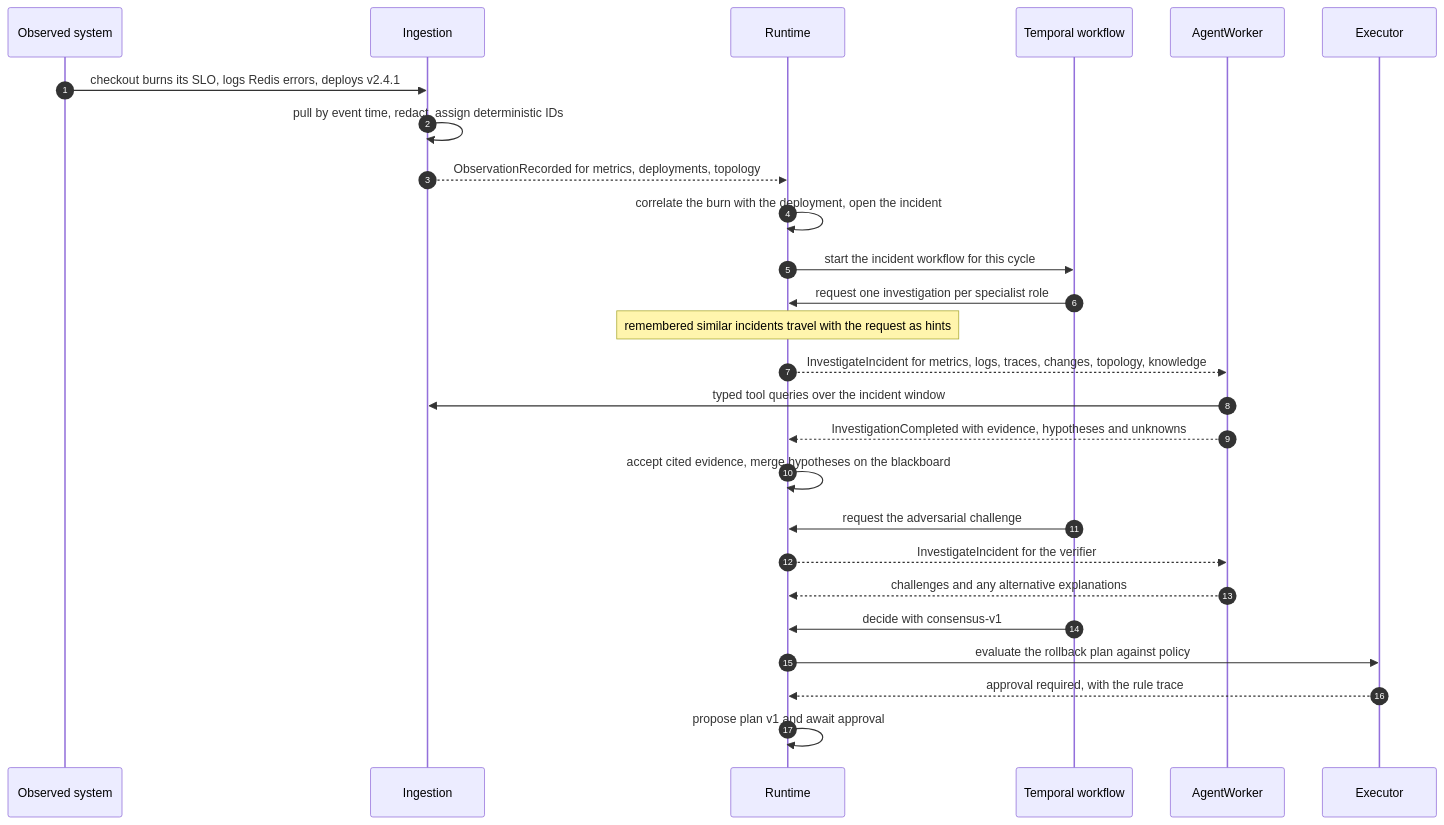
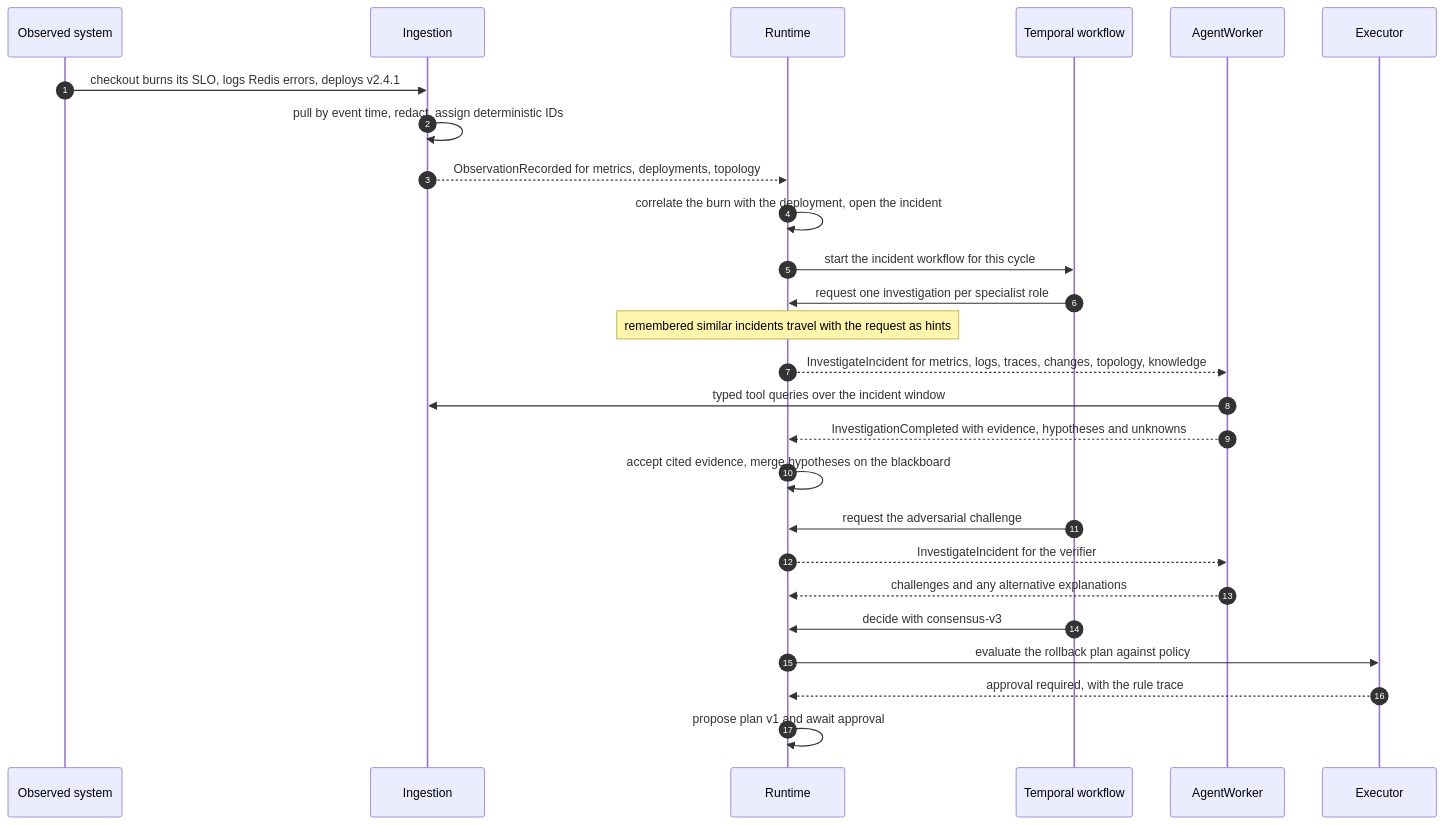
The fourth of 9 diagrams in README.md (Psingle20/Sentinel), drawn with Mermaid before and after one commit. The commit also changed other lines of this file and 4 other files, not shown here.

````diff
--- a/README.md
+++ b/README.md
@@ -198,29 +198,29 @@
 ```mermaid
 sequenceDiagram
     autonumber
     participant Sys as Observed system
     participant Ing as Ingestion
     participant Rt as Runtime
     participant Wf as Temporal workflow
     participant Aw as AgentWorker
     participant Ex as Executor
 
     Sys->>Ing: checkout burns its SLO, logs Redis errors, deploys v2.4.1
     Ing->>Ing: pull by event time, redact, assign deterministic IDs
     Ing-->>Rt: ObservationRecorded for metrics, deployments, topology
     Rt->>Rt: correlate the burn with the deployment, open the incident
     Rt->>Wf: start the incident workflow for this cycle
     Wf->>Rt: request one investigation per specialist role
     Note over Rt: remembered similar incidents travel with the request as hints
     Rt-->>Aw: InvestigateIncident for metrics, logs, traces, changes, topology, knowledge
     Aw->>Ing: typed tool queries over the incident window
     Aw-->>Rt: InvestigationCompleted with evidence, hypotheses and unknowns
     Rt->>Rt: accept cited evidence, merge hypotheses on the blackboard
     Wf->>Rt: request the adversarial challenge
     Rt-->>Aw: InvestigateIncident for the verifier
     Aw-->>Rt: challenges and any alternative explanations
-    Wf->>Rt: decide with consensus-v1
+    Wf->>Rt: decide with consensus-v3
     Rt->>Ex: evaluate the rollback plan against policy
     Ex-->>Rt: approval required, with the rule trace
     Rt->>Rt: propose plan v1 and await approval
 ```
````
